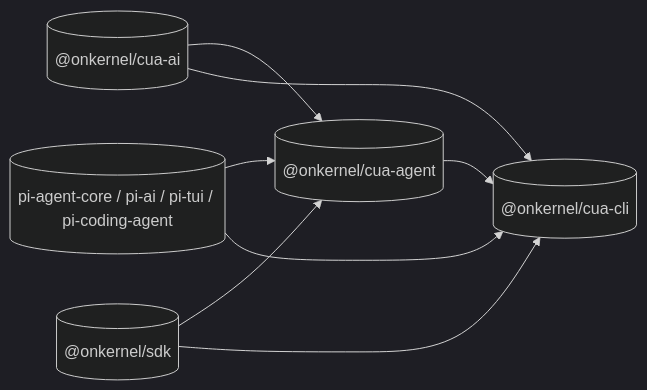
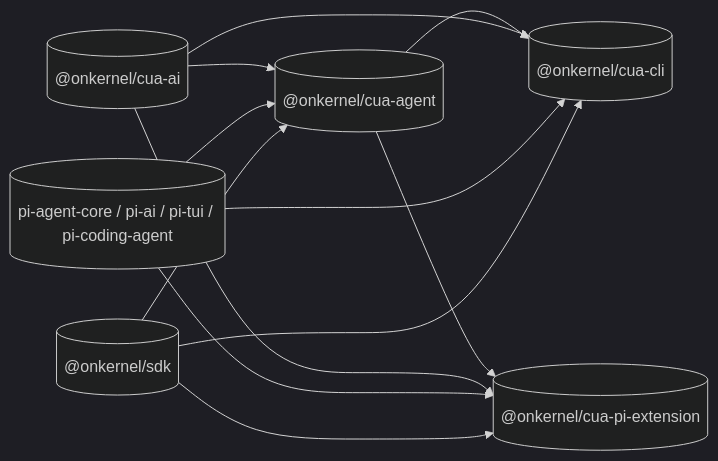
The diagram in README.md (kernel/browser-loop), drawn with Mermaid (dark theme) before and after one commit. The commit also changed other lines of this file and 21 other files, not shown here.

````diff
--- a/README.md
+++ b/README.md
@@ -51,15 +56,20 @@
 ```mermaid
 flowchart LR
   ai[("@onkernel/cua-ai")]
   agent[("@onkernel/cua-agent")]
   cli[("@onkernel/cua-cli")]
+  ext[("@onkernel/cua-pi-extension")]
   pi[("pi-agent-core / pi-ai / pi-tui / pi-coding-agent")]
   sdk[("@onkernel/sdk")]
   ai --> agent
   agent --> cli
   ai --> cli
+  agent --> ext
+  ai --> ext
   pi --> agent
   pi --> cli
+  pi --> ext
   sdk --> agent
   sdk --> cli
+  sdk --> ext
 ```
````
